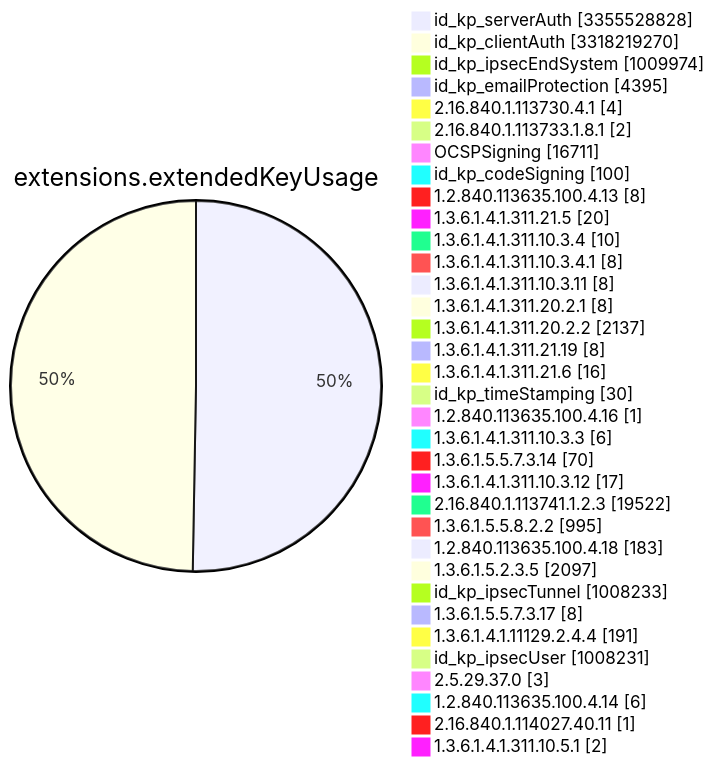
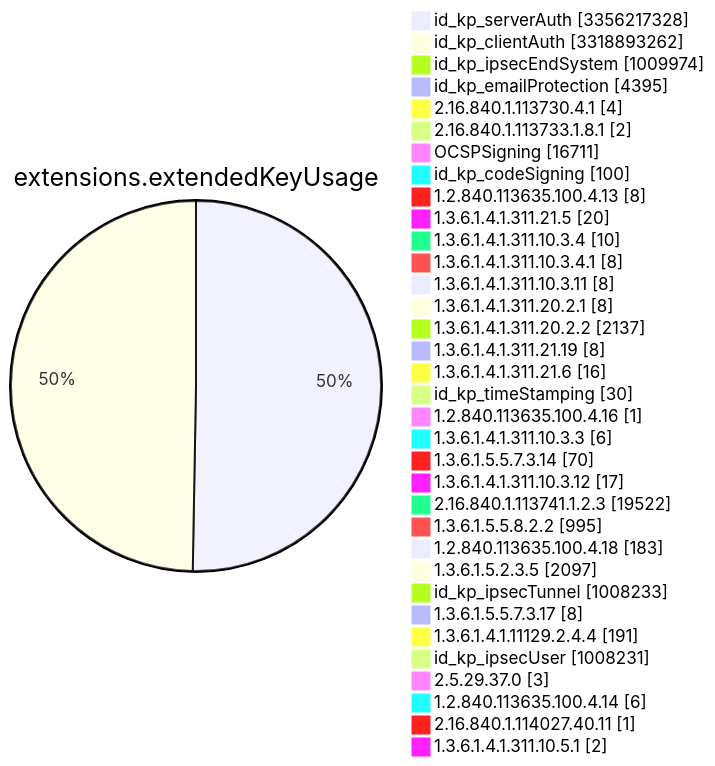
One commit to christiankrug/ctmonitor_visualization changed diagram 11 of 15 in TOTAL/README.md. Above: the diagram before and after it, drawn with Mermaid. The commit also changed other lines of this file, not shown here.

````diff
--- a/TOTAL/README.md
+++ b/TOTAL/README.md
@@ -4120,38 +4120,38 @@
 ```mermaid
 pie showData
 title extensions.extendedKeyUsage
-"id_kp_serverAuth" :3355528828
-"id_kp_clientAuth" :3318219270
+"id_kp_serverAuth" :3356217328
+"id_kp_clientAuth" :3318893262
 "id_kp_ipsecEndSystem" :1009974
 "id_kp_emailProtection" :4395
 "2.16.840.1.113730.4.1" :4
 "2.16.840.1.113733.1.8.1" :2
 "OCSPSigning" :16711
 "id_kp_codeSigning" :100
 "1.2.840.113635.100.4.13" :8
 "1.3.6.1.4.1.311.21.5" :20
 "1.3.6.1.4.1.311.10.3.4" :10
 "1.3.6.1.4.1.311.10.3.4.1" :8
 "1.3.6.1.4.1.311.10.3.11" :8
 "1.3.6.1.4.1.311.20.2.1" :8
 "1.3.6.1.4.1.311.20.2.2" :2137
 "1.3.6.1.4.1.311.21.19" :8
 "1.3.6.1.4.1.311.21.6" :16
 "id_kp_timeStamping" :30
 "1.2.840.113635.100.4.16" :1
 "1.3.6.1.4.1.311.10.3.3" :6
 "1.3.6.1.5.5.7.3.14" :70
 "1.3.6.1.4.1.311.10.3.12" :17
 "2.16.840.1.113741.1.2.3" :19522
 "1.3.6.1.5.5.8.2.2" :995
 "1.2.840.113635.100.4.18" :183
 "1.3.6.1.5.2.3.5" :2097
 "id_kp_ipsecTunnel" :1008233
 "1.3.6.1.5.5.7.3.17" :8
 "1.3.6.1.4.1.11129.2.4.4" :191
 "id_kp_ipsecUser" :1008231
 "2.5.29.37.0" :3
 "1.2.840.113635.100.4.14" :6
 "2.16.840.1.114027.40.11" :1
 "1.3.6.1.4.1.311.10.5.1" :2
 ```
````
